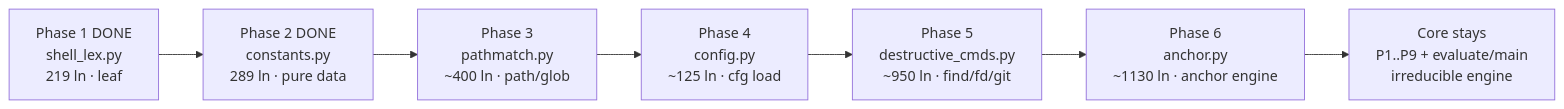
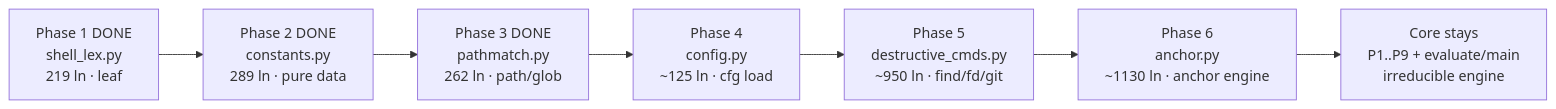
One commit to Yugoge/awesome-claude-harness changed the first of 2 diagrams in docs/reference/monolith-split-plan.md. Above: the diagram before and after it, drawn with Mermaid. The commit also changed other lines of this file and 8 other files, not shown here.

````diff
--- a/docs/reference/monolith-split-plan.md
+++ b/docs/reference/monolith-split-plan.md
@@ -102,9 +116,9 @@
 ```mermaid
 graph LR
     P1["Phase 1 DONE<br/>shell_lex.py<br/>219 ln · leaf"] --> P2["Phase 2 DONE<br/>constants.py<br/>289 ln · pure data"]
-    P2 --> P3["Phase 3<br/>pathmatch.py<br/>~400 ln · path/glob"]
+    P2 --> P3["Phase 3 DONE<br/>pathmatch.py<br/>262 ln · path/glob"]
     P3 --> P4["Phase 4<br/>config.py<br/>~125 ln · cfg load"]
     P4 --> P5["Phase 5<br/>destructive_cmds.py<br/>~950 ln · find/fd/git"]
     P5 --> P6["Phase 6<br/>anchor.py<br/>~1130 ln · anchor engine"]
     P6 --> P7["Core stays<br/>P1..P9 + evaluate/main<br/>irreducible engine"]
 ```
````
